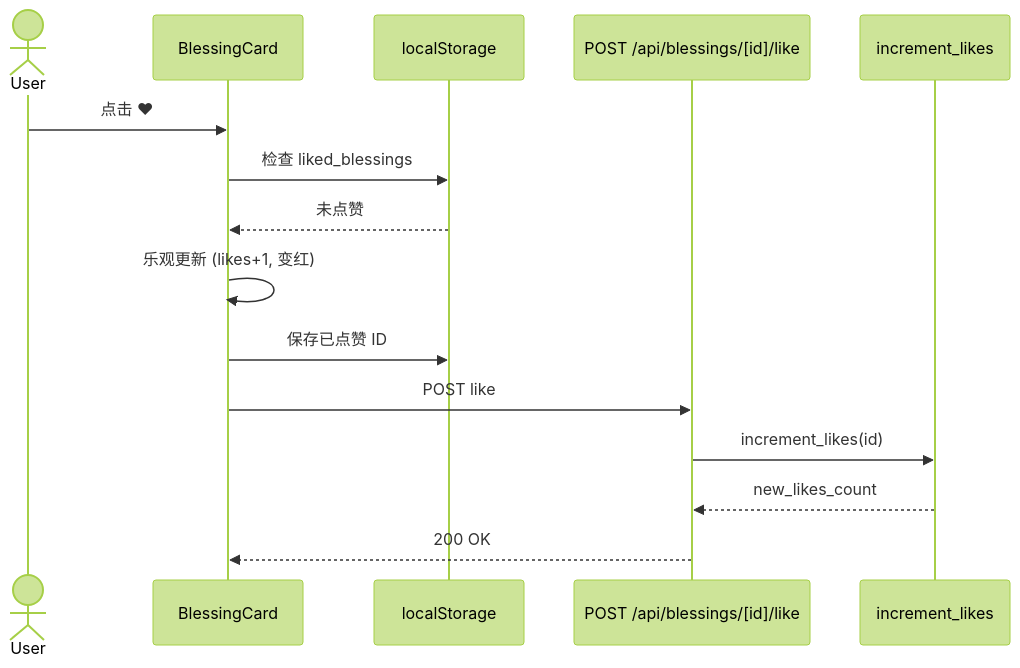
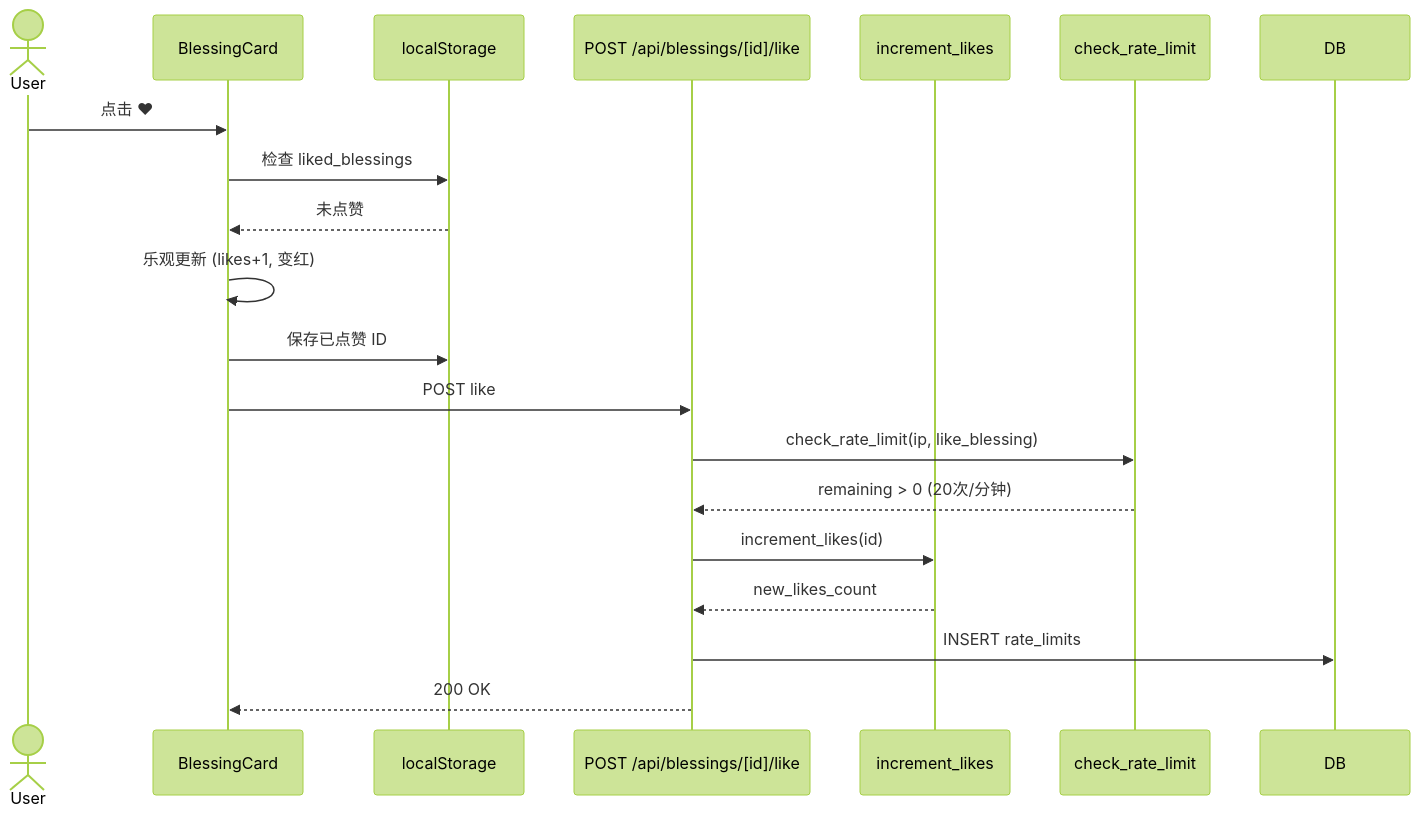
One commit to shh32010/Teacher-wishes changed the fourth of 4 diagrams in docs/ARCHITECTURE.md. Above: the diagram before and after it, drawn with Mermaid (forest theme). The commit also changed other lines of this file and 3 other files, not shown here.

First line of the commit message:
docs: 安全修复+UX变更同步至文档 — CHANGELOG/PROGRESS/API/ARCHITECTURE

````diff
--- a/docs/ARCHITECTURE.md
+++ b/docs/ARCHITECTURE.md
@@ -222,18 +224,22 @@
 ```mermaid
 sequenceDiagram
     actor User
     participant Card as BlessingCard
     participant LS as localStorage
     participant API as POST /api/blessings/[id]/like
     participant RPC as increment_likes
+    participant Rate as check_rate_limit
 
     User->>Card: 点击 ❤
     Card->>LS: 检查 liked_blessings
     LS-->>Card: 未点赞
     Card->>Card: 乐观更新 (likes+1, 变红)
     Card->>LS: 保存已点赞 ID
     Card->>API: POST like
+    API->>Rate: check_rate_limit(ip, like_blessing)
+    Rate-->>API: remaining > 0 (20次/分钟)
     API->>RPC: increment_likes(id)
     RPC-->>API: new_likes_count
+    API->>DB: INSERT rate_limits
     API-->>Card: 200 OK
 ```
````
